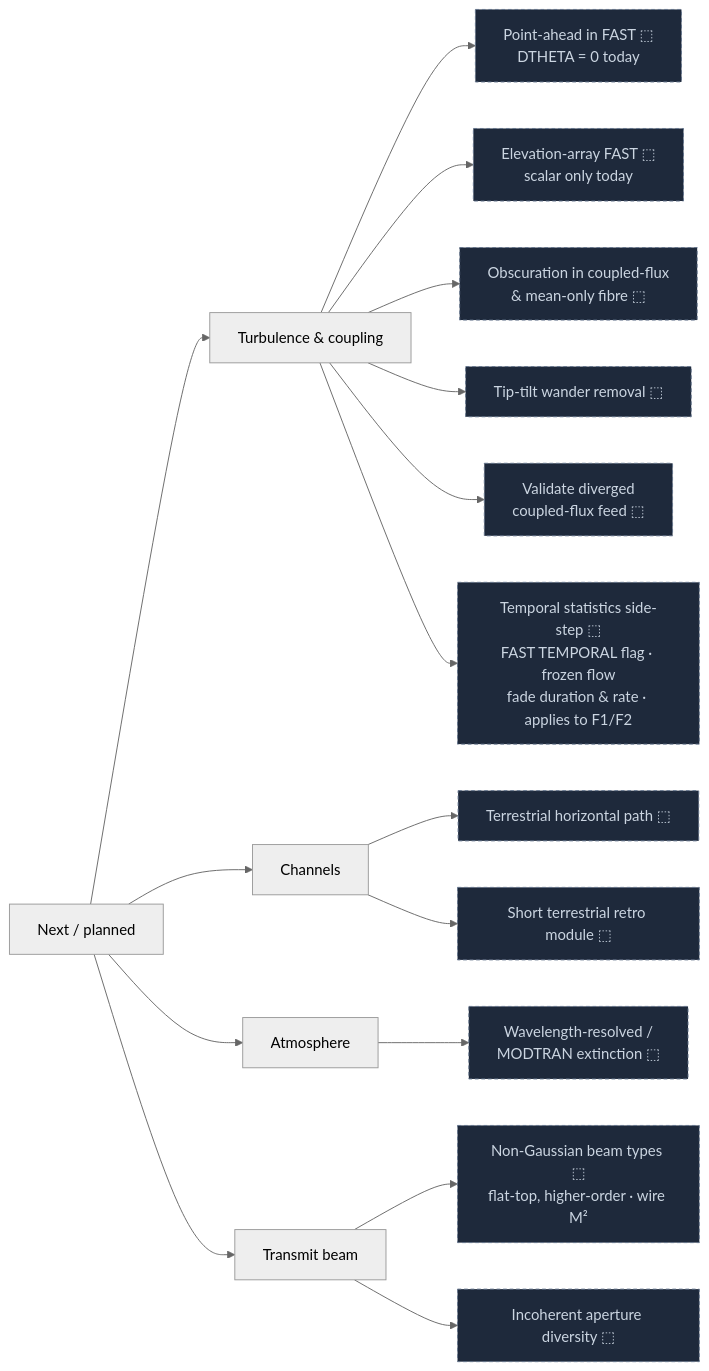
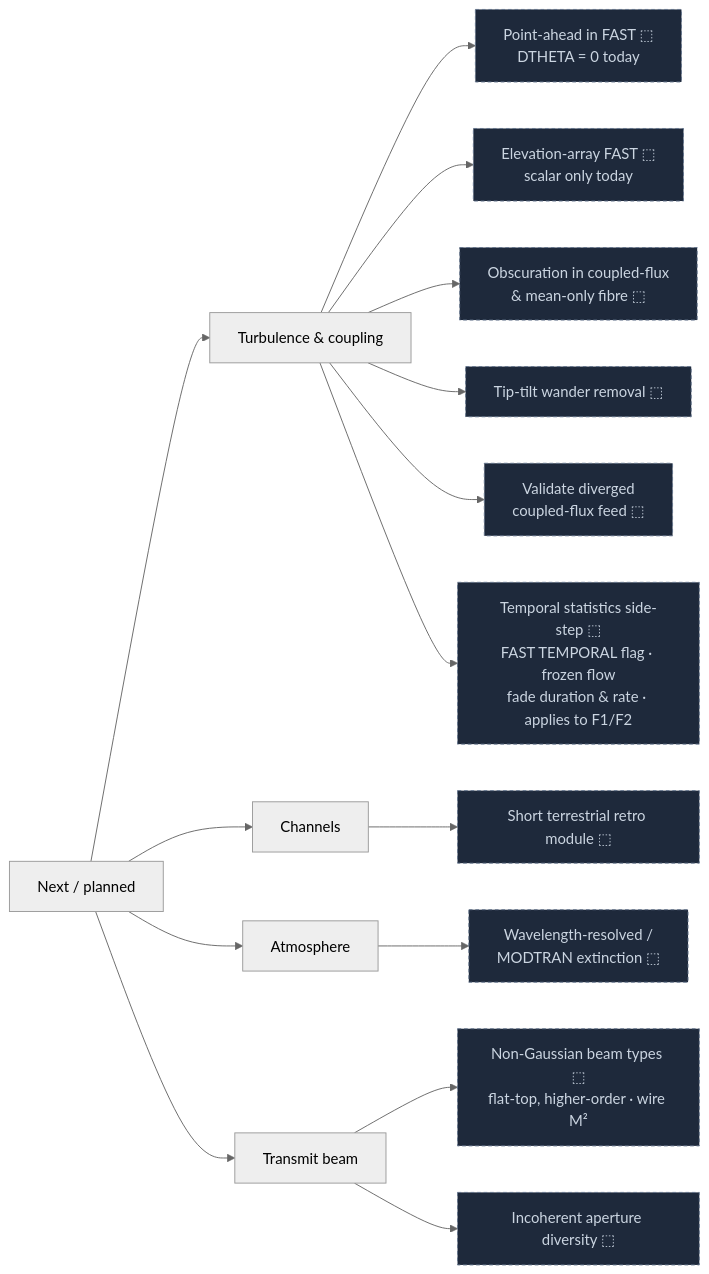
Before and after one commit to bigfraw/optical_link_budget: the fourth of 4 diagrams in README.md, drawn with Mermaid (neutral theme). The commit also changed other lines of this file and 2 other files, not shown here.

First line of the commit message:
Add update skill and sync roadmap docs with the code

````diff
--- a/README.md
+++ b/README.md
@@ -181,25 +181,24 @@
 ```mermaid
 flowchart LR
   N["Next / planned"]
 
   N --> NT["Turbulence & coupling"]
   NT --> NT1["Point-ahead in FAST ⬚<br/>DTHETA = 0 today"]:::planned
   NT --> NT2["Elevation-array FAST ⬚<br/>scalar only today"]:::planned
   NT --> NT3["Obscuration in coupled-flux<br/>& mean-only fibre ⬚"]:::planned
   NT --> NT4["Tip-tilt wander removal ⬚"]:::planned
   NT --> NT5["Validate diverged<br/>coupled-flux feed ⬚"]:::planned
   NT --> NT6["Temporal statistics side-step ⬚<br/>FAST TEMPORAL flag · frozen flow<br/>fade duration &amp; rate · applies to F1/F2"]:::planned
 
   N --> NC["Channels"]
-  NC --> NC1["Terrestrial horizontal path ⬚"]:::planned
   NC --> NC2["Short terrestrial retro module ⬚"]:::planned
 
   N --> NA["Atmosphere"]
   NA --> NA1["Wavelength-resolved /<br/>MODTRAN extinction ⬚"]:::planned
 
   N --> NTX["Transmit beam"]
   NTX --> NTX1["Non-Gaussian beam types ⬚<br/>flat-top, higher-order · wire M²"]:::planned
   NTX --> NTX2["Incoherent aperture diversity ⬚"]:::planned
 
   classDef planned fill:#1e293b,color:#cbd5e1,stroke:#64748b,stroke-dasharray:4 3;
 ```
````
